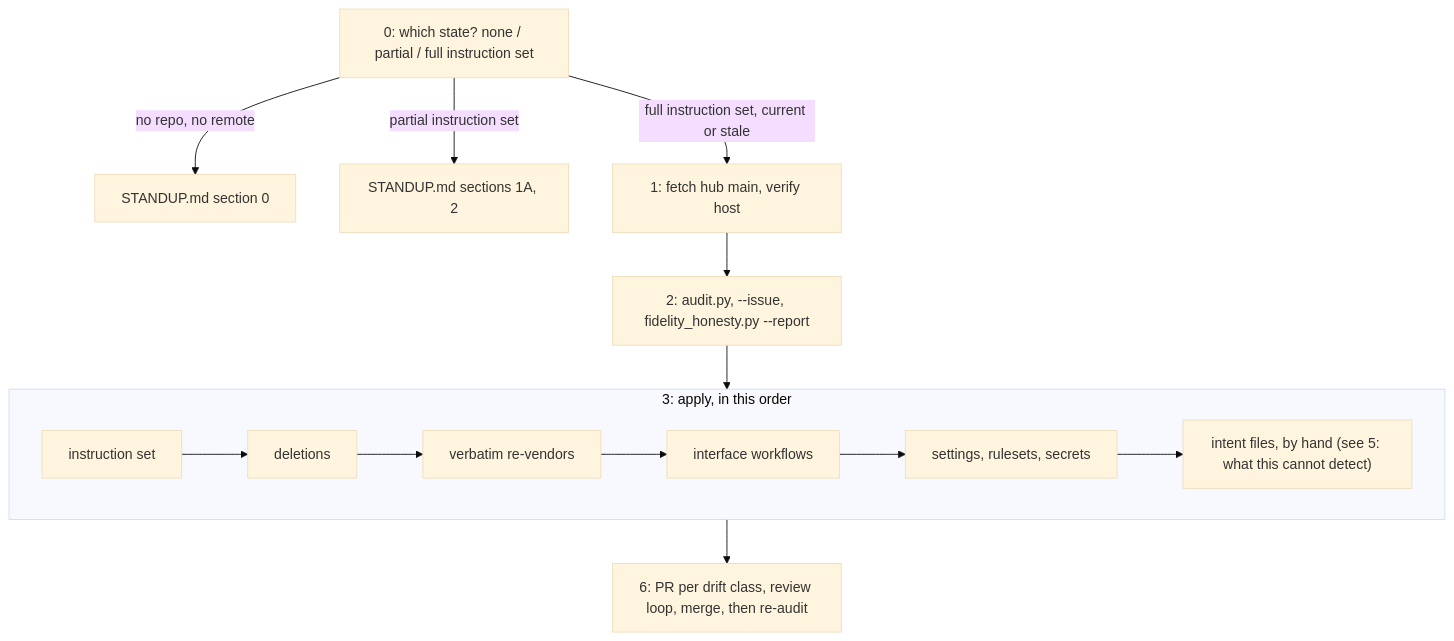
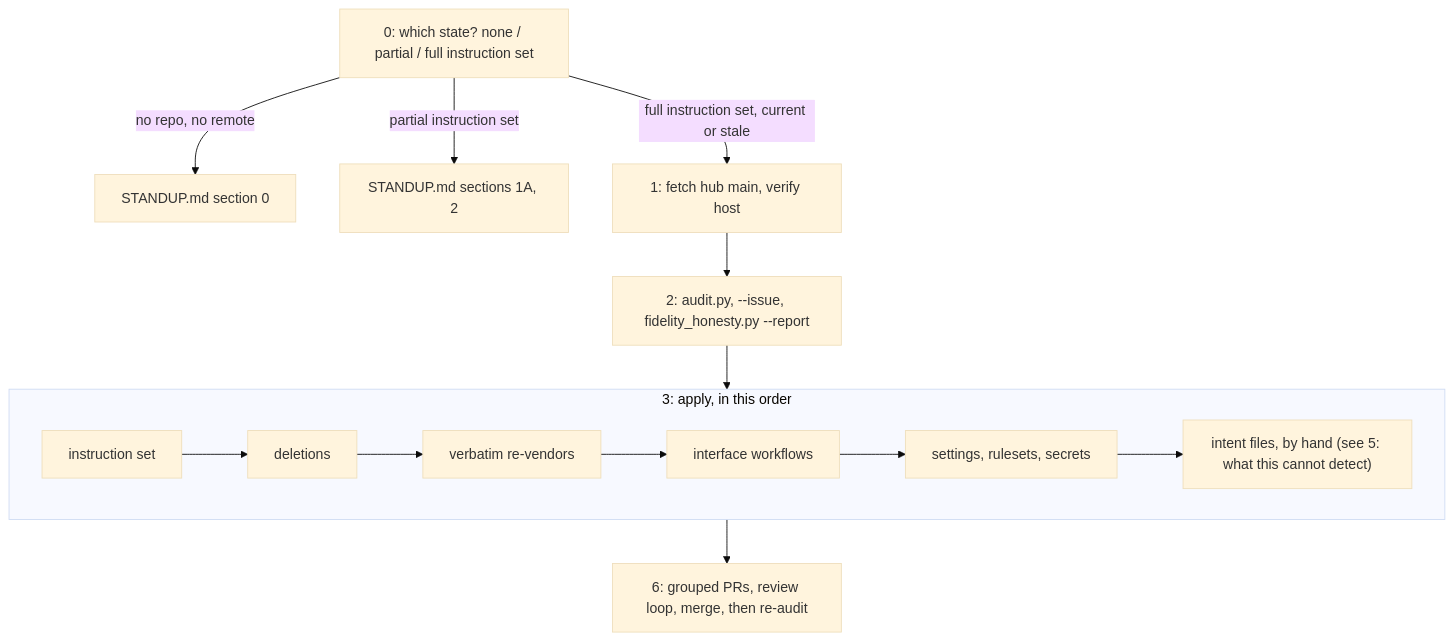
One commit to ptr727/ProjectTemplate changed the first of 2 diagrams in RESYNC.md. Above: the diagram before and after it, drawn with Mermaid (base theme). The commit also changed other lines of this file and 22 other files, not shown here.

````diff
--- a/RESYNC.md
+++ b/RESYNC.md
@@ -7,13 +7,13 @@
 ```mermaid
 flowchart TD
   route["0: which state? none / partial / full instruction set"]
   route -->|"no repo, no remote"| toStandup["STANDUP.md section 0"]
   route -->|"partial instruction set"| toStandup2["STANDUP.md sections 1A, 2"]
   route -->|"full instruction set, current or stale"| reach["1: fetch hub main, verify host"]
   reach --> measure["2: audit.py, --issue, fidelity_honesty.py --report"]
   subgraph apply["3: apply, in this order"]
     instr["instruction set"] --> del["deletions"] --> revendor["verbatim re-vendors"] --> iface["interface workflows"] --> settings["settings, rulesets, secrets"] --> intent["intent files, by hand (see 5: what this cannot detect)"]
   end
   measure --> apply
-  apply --> ship["6: PR per drift class, review loop, merge, then re-audit"]
+  apply --> ship["6: grouped PRs, review loop, merge, then re-audit"]
 ```
````
